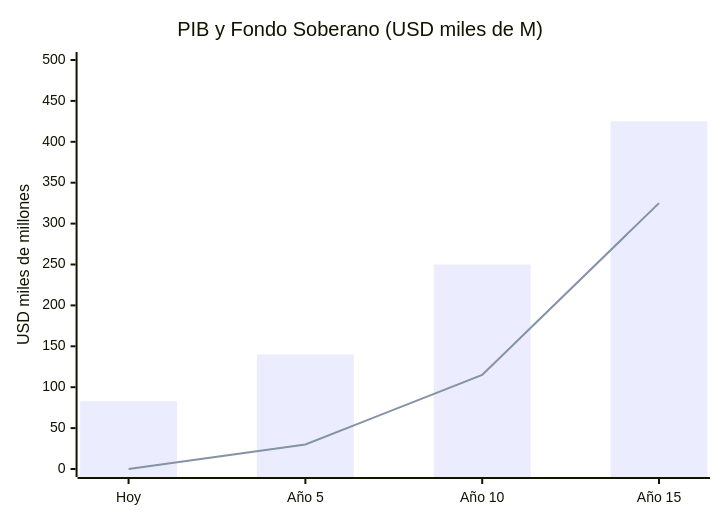
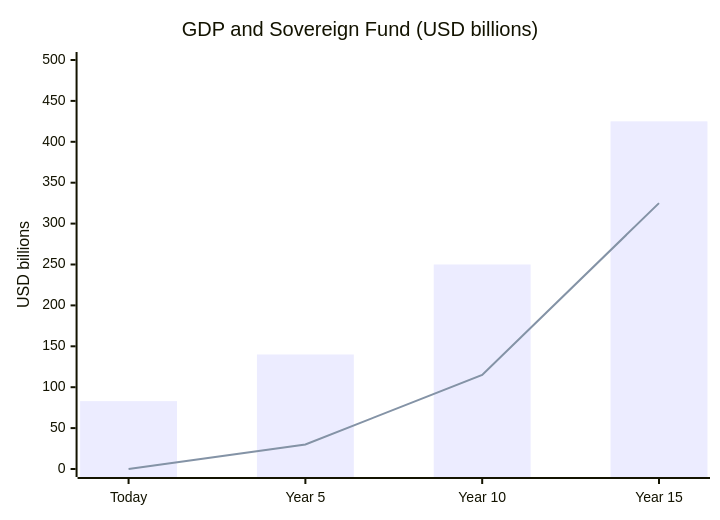
The fourth of 4 diagrams in i18n/en/docusaurus-plugin-content-docs/current/08-pitch/pitch-deck.md (Venezuela-S-A/venezuela-sa), drawn with Mermaid before and after one commit. The commit also changed other lines of this file and 127 other files, not shown here.

````diff
--- a/i18n/en/docusaurus-plugin-content-docs/current/08-pitch/pitch-deck.md
+++ b/i18n/en/docusaurus-plugin-content-docs/current/08-pitch/pitch-deck.md
@@ -128,8 +128,8 @@
 ```mermaid
 xychart-beta
-    title "PIB y Fondo Soberano (USD miles de M)"
-    x-axis ["Hoy", "Año 5", "Año 10", "Año 15"]
-    y-axis "USD miles de millones" 0 --> 500
+    title "GDP and Sovereign Fund (USD billions)"
+    x-axis ["Today", "Year 5", "Year 10", "Year 15"]
+    y-axis "USD billions" 0 --> 500
     bar [83, 140, 250, 425]
     line [0, 30, 115, 325]
 ```
````
